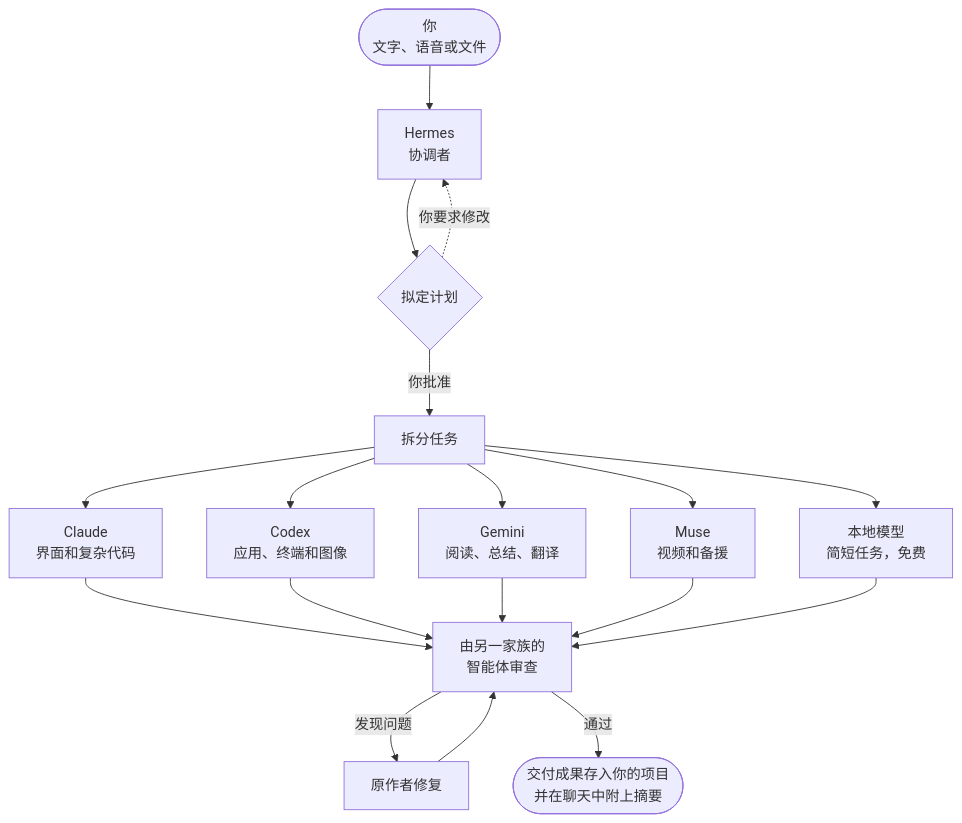
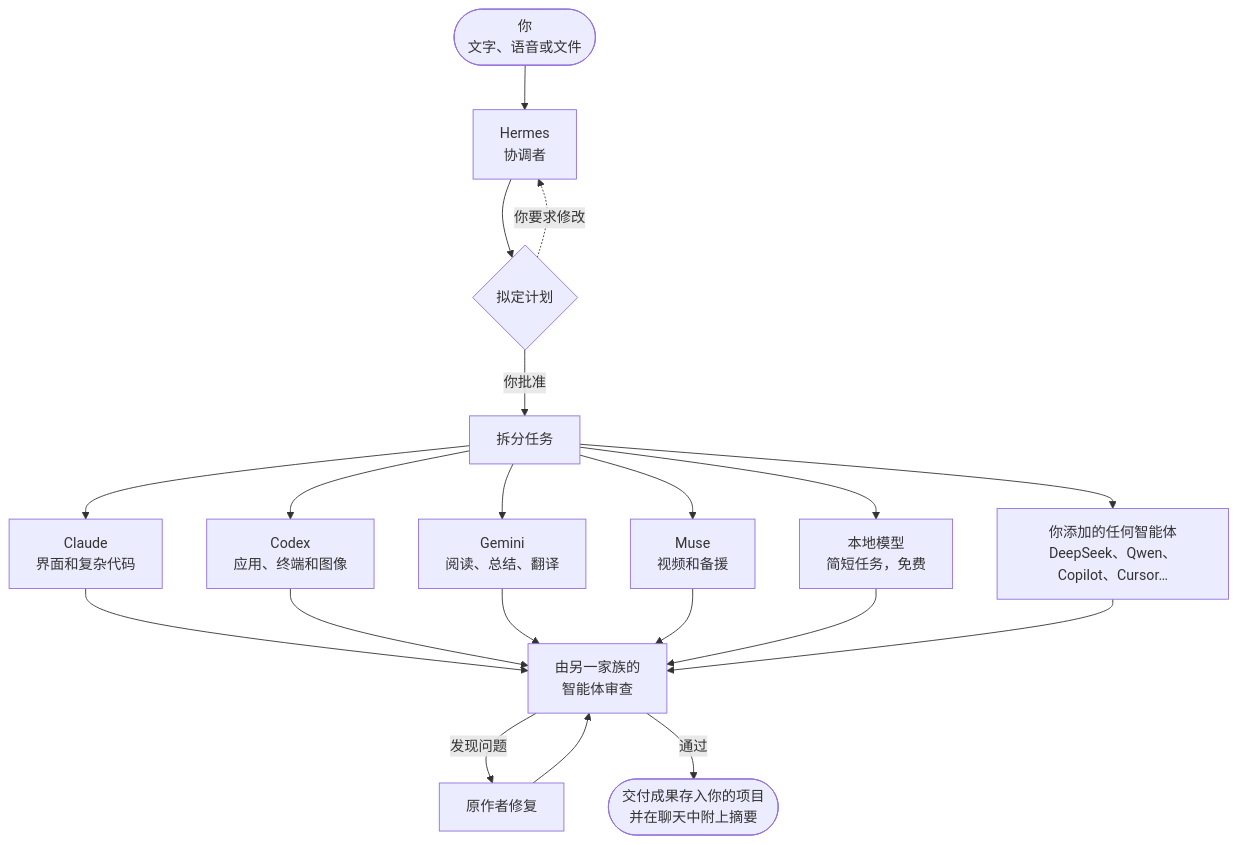
Before and after one commit to Yiku21/kywai: the diagram in README.zh-CN.md, drawn with Mermaid. The commit also changed other lines of this file and 4 other files, not shown here.

````diff
--- a/README.zh-CN.md
+++ b/README.zh-CN.md
@@ -99,16 +110,17 @@
 ```mermaid
 flowchart TD
     T(["你<br/>文字、语音或文件"]) --> H["Hermes<br/>协调者"]
     H --> P{"拟定计划"}
     P -- "你批准" --> R["拆分任务"]
     P -. "你要求修改" .-> H
     R --> C["Claude<br/>界面和复杂代码"]
     R --> X["Codex<br/>应用、终端和图像"]
     R --> G["Gemini<br/>阅读、总结、翻译"]
     R --> M["Muse<br/>视频和备援"]
     R --> L["本地模型<br/>简短任务，免费"]
-    C & X & G & M & L --> V["由另一家族的<br/>智能体审查"]
+    R --> A["你添加的任何智能体<br/>DeepSeek、Qwen、Copilot、Cursor…"]
+    C & X & G & M & L & A --> V["由另一家族的<br/>智能体审查"]
     V -- "发现问题" --> F["原作者修复"]
     F --> V
     V -- "通过" --> E(["交付成果存入你的项目<br/>并在聊天中附上摘要"])
 ```
````
